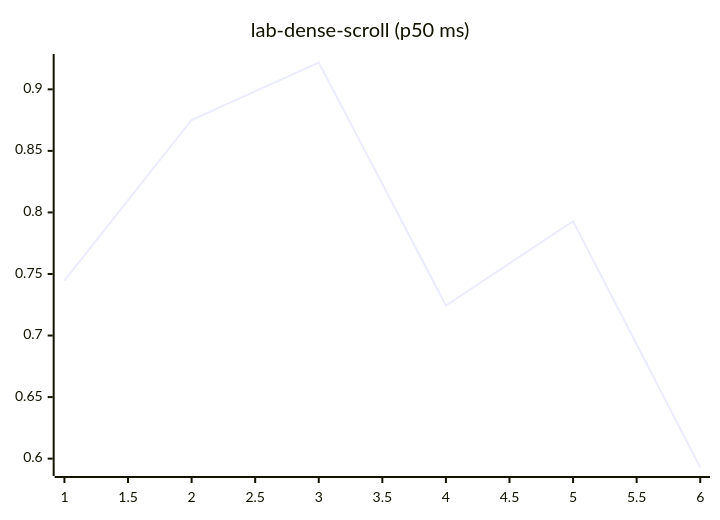
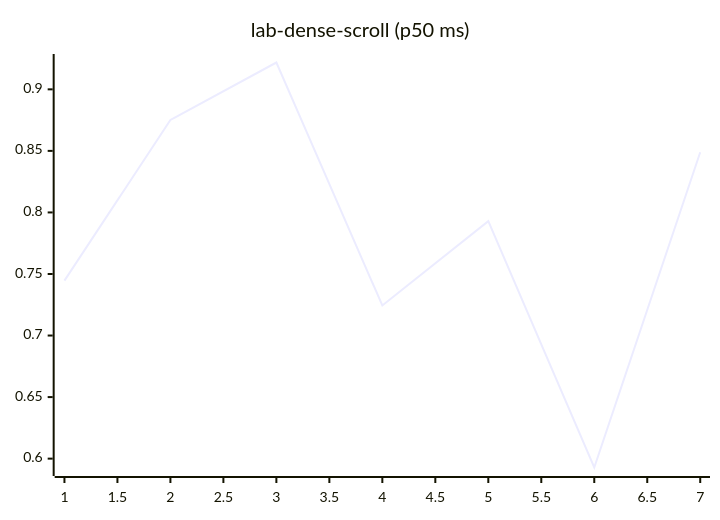
One commit to josha/Facet changed diagram 12 of 27 in README.md. Above: the diagram before and after it, drawn with Mermaid. The commit also changed other lines of this file and 2 other files, not shown here.

````diff
--- a/README.md
+++ b/README.md
@@ -140,6 +140,6 @@
 ```mermaid
 xychart-beta
     title "lab-dense-scroll (p50 ms)"
-    x-axis 1 --> 6
-    line [0.7446, 0.8751, 0.9218, 0.7244, 0.7929, 0.5928]
+    x-axis 1 --> 7
+    line [0.7446, 0.8751, 0.9218, 0.7244, 0.7929, 0.5928, 0.8489]
 ```
````
